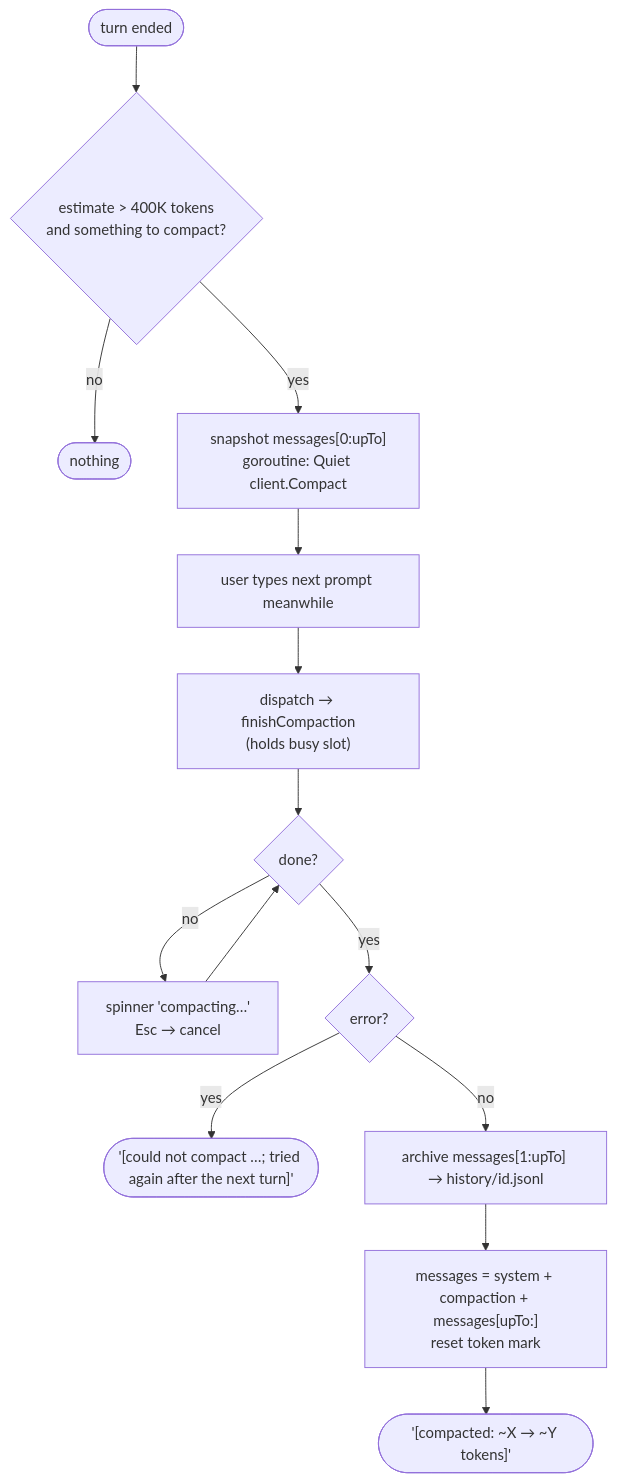
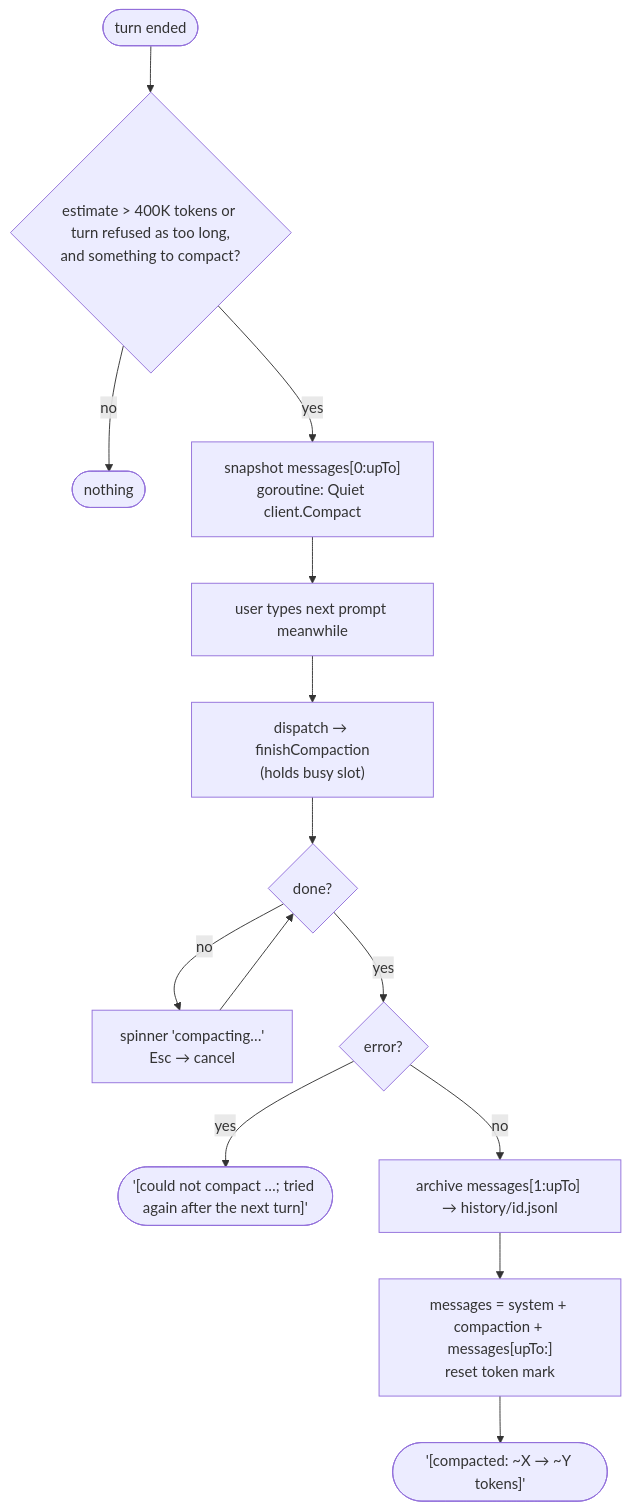
Diagram 11 of 13 in docs/SPEC.md (himanshu-mahendra-jain/hmj-agent), drawn with Mermaid before and after one commit. The commit also changed other lines of this file and 11 other files, not shown here.

````diff
--- a/docs/SPEC.md
+++ b/docs/SPEC.md
@@ -383,15 +383,15 @@
 ```mermaid
 flowchart TD
-    A(["turn ended"]) --> B{"estimate > 400K tokens<br/>and something to compact?"}
+    A(["turn ended"]) --> B{"estimate > 400K tokens or turn refused as too long,<br/>and something to compact?"}
     B -- no --> Z([nothing])
     B -- yes --> C["snapshot messages[0:upTo]<br/>goroutine: Quiet client.Compact"]
     C --> D["user types next prompt meanwhile"]
     D --> E["dispatch → finishCompaction<br/>(holds busy slot)"]
     E --> F{"done?"}
     F -- no --> G["spinner 'compacting…'<br/>Esc → cancel"] --> F
     F -- yes --> H{"error?"}
     H -- yes --> I(["'[could not compact …; tried again after the next turn]'"])
     H -- no --> J["archive messages[1:upTo] → history/id.jsonl"]
     J --> K["messages = system + compaction + messages[upTo:]<br/>reset token mark"]
     K --> L(["'[compacted: ~X → ~Y tokens]'"])
 ```
````
